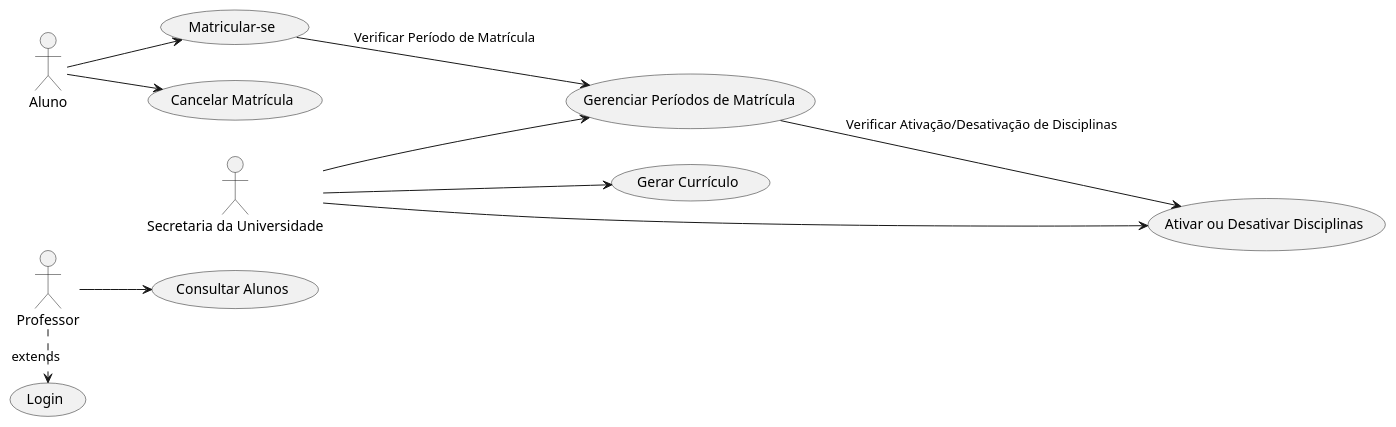
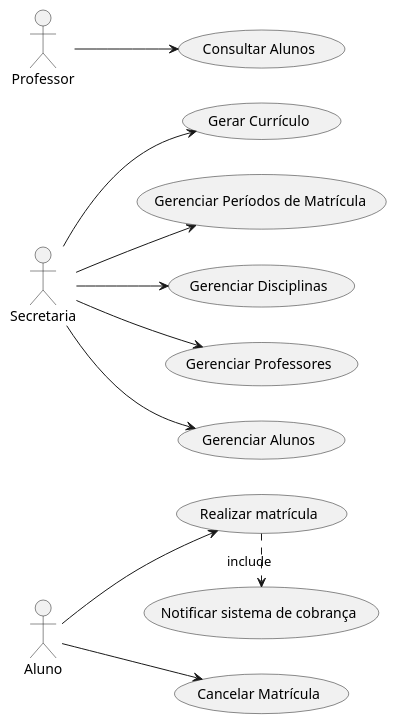
Before and after one commit to LuisMSouza/LabSoftware: the diagram in projeto/Diagrama_caso_de_uso.puml, drawn with PlantUML.

Commit message:
change usecase diagram

```diff
--- a/projeto/Diagrama_caso_de_uso.puml
+++ b/projeto/Diagrama_caso_de_uso.puml
@@ -1,26 +1,29 @@
 @startuml
 left to right direction
 actor Aluno as aluno
-actor "Secretaria da Universidade" as secretaria
+actor "Secretaria" as secretaria
 actor Professor as professor
 
-usecase "Matricular-se" as Matricular
+usecase "Realizar matrícula" as Matricular
 usecase "Cancelar Matrícula" as CancelarMatricula
 usecase "Gerar Currículo" as GerarCurriculo
 usecase "Gerenciar Períodos de Matrícula" as GerenciarPeriodos
-usecase "Ativar ou Desativar Disciplinas" as GerenciarDisciplinas
+usecase "Gerenciar Disciplinas" as GerenciarDisciplinas
 usecase "Consultar Alunos" as ConsultarAlunos
-usecase "Login" as Login
+usecase "Notificar sistema de cobrança" as NotificarSistema
+usecase "Gerenciar Professores" as GerenciarProfessores
+usecase "Gerenciar Alunos" as GerenciarAlunos
 
 aluno --> Matricular
 aluno --> CancelarMatricula
 
 secretaria --> GerarCurriculo
 secretaria --> GerenciarPeriodos
 secretaria --> GerenciarDisciplinas
+secretaria --> GerenciarAlunos
+secretaria --> GerenciarProfessores
+
+Matricular .> NotificarSistema : include
 
 professor --> ConsultarAlunos
-professor .> Login : extends
-Matricular --> GerenciarPeriodos : "Verificar Período de Matrícula"
-GerenciarPeriodos --> GerenciarDisciplinas : "Verificar Ativação/Desativação de Disciplinas"
 @enduml
```
